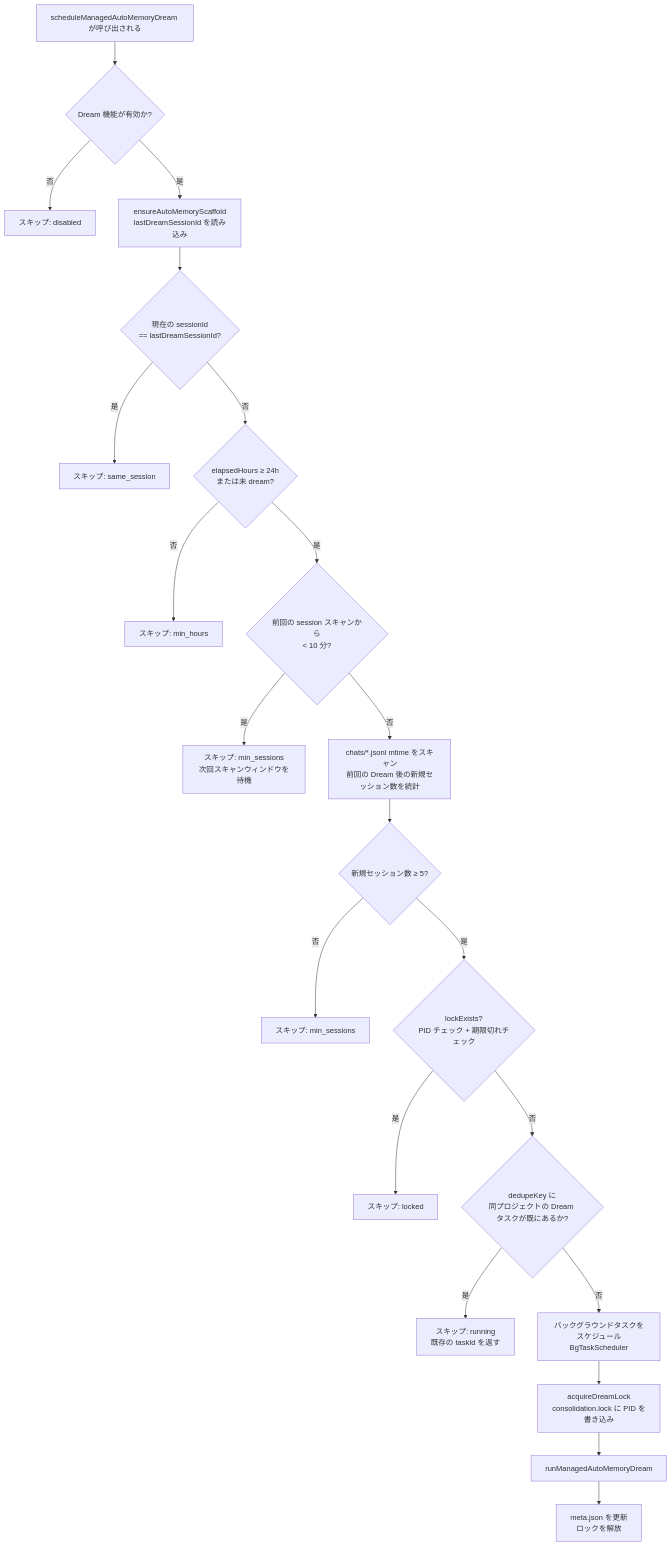
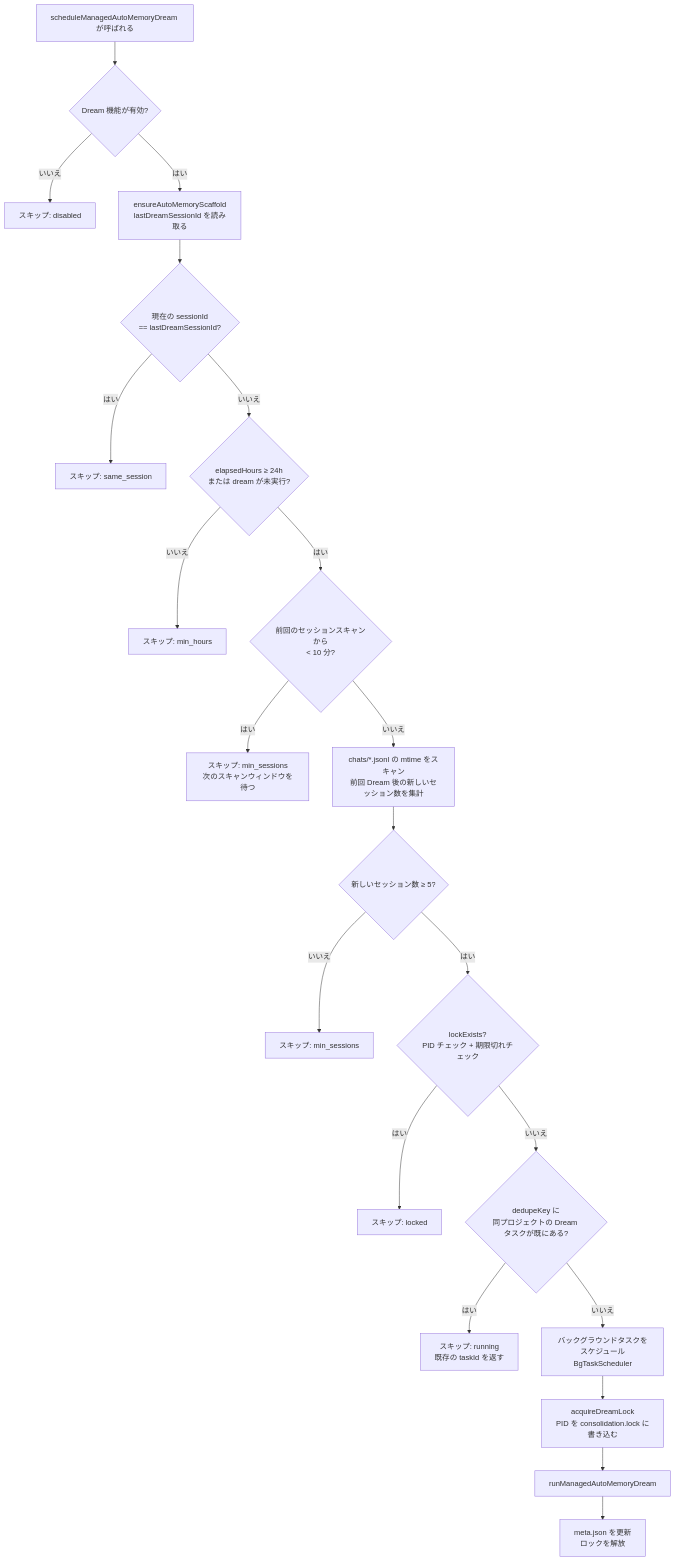
Before and after one commit to QwenLM/qwen-code-docs: the fourth of 7 diagrams in website/content/ja/design/auto-memory/memory-system.md, drawn with Mermaid. The commit also changed other lines of this file and 117 other files, not shown here.

````diff
--- a/website/content/ja/design/auto-memory/memory-system.md
+++ b/website/content/ja/design/auto-memory/memory-system.md
@@ -257,23 +258,23 @@
 ```mermaid
 flowchart TD
-    A[scheduleManagedAutoMemoryDream が呼び出される] --> B{Dream 機能が有効か?}
-    B -- 否 --> C[スキップ: disabled]
-    B -- 是 --> D[ensureAutoMemoryScaffold\nlastDreamSessionId を読み込み]
+    A[scheduleManagedAutoMemoryDream が呼ばれる] --> B{Dream 機能が有効?}
+    B -- いいえ --> C[スキップ: disabled]
+    B -- はい --> D[ensureAutoMemoryScaffold\nlastDreamSessionId を読み取る]
     D --> E{現在の sessionId\n== lastDreamSessionId?}
-    E -- 是 --> F[スキップ: same_session]
-    E -- 否 --> G{elapsedHours ≥ 24h\nまたは未 dream?}
-    G -- 否 --> H[スキップ: min_hours]
-    G -- 是 --> I{前回の session スキャンから\n< 10 分?}
-    I -- 是 --> J[スキップ: min_sessions\n次回スキャンウィンドウを待機]
-    I -- 否 --> K[chats/*.jsonl mtime をスキャン\n前回の Dream 後の新規セッション数を統計]
-    K --> L{新規セッション数 ≥ 5?}
-    L -- 否 --> M[スキップ: min_sessions]
-    L -- 是 --> N{lockExists?\nPID チェック + 期限切れチェック}
-    N -- 是 --> O[スキップ: locked]
-    N -- 否 --> P{dedupeKey に\n同プロジェクトの Dream タスクが既にあるか?}
-    P -- 是 --> Q[スキップ: running\n既存の taskId を返す]
-    P -- 否 --> R[バックグラウンドタスクをスケジュール\nBgTaskScheduler]
-    R --> S[acquireDreamLock\nconsolidation.lock に PID を書き込み]
+    E -- はい --> F[スキップ: same_session]
+    E -- いいえ --> G{elapsedHours ≥ 24h\nまたは dream が未実行?}
+    G -- いいえ --> H[スキップ: min_hours]
+    G -- はい --> I{前回のセッションスキャンから\n< 10 分?}
+    I -- はい --> J[スキップ: min_sessions\n次のスキャンウィンドウを待つ]
+    I -- いいえ --> K[chats/*.jsonl の mtime をスキャン\n前回 Dream 後の新しいセッション数を集計]
+    K --> L{新しいセッション数 ≥ 5?}
+    L -- いいえ --> M[スキップ: min_sessions]
+    L -- はい --> N{lockExists?\nPID チェック + 期限切れチェック}
+    N -- はい --> O[スキップ: locked]
+    N -- いいえ --> P{dedupeKey に\n同プロジェクトの Dream タスクが既にある?}
+    P -- はい --> Q[スキップ: running\n既存の taskId を返す]
+    P -- いいえ --> R[バックグラウンドタスクをスケジュール\nBgTaskScheduler]
+    R --> S[acquireDreamLock\nPID を consolidation.lock に書き込む]
     S --> T[runManagedAutoMemoryDream]
     T --> U[meta.json を更新\nロックを解放]
 ```
````
